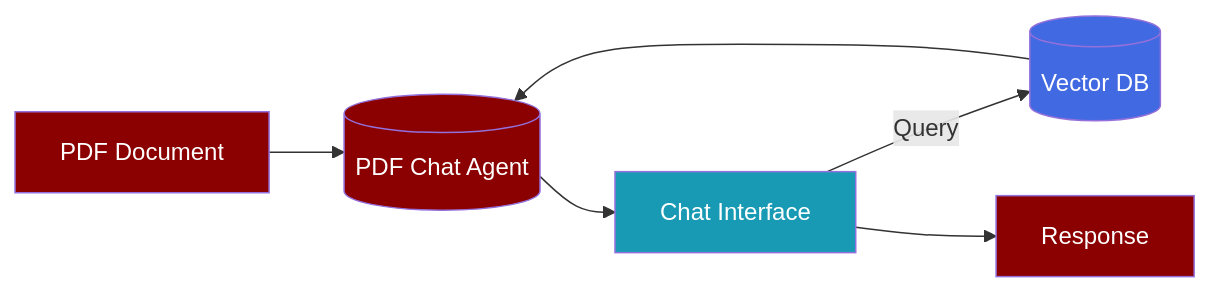
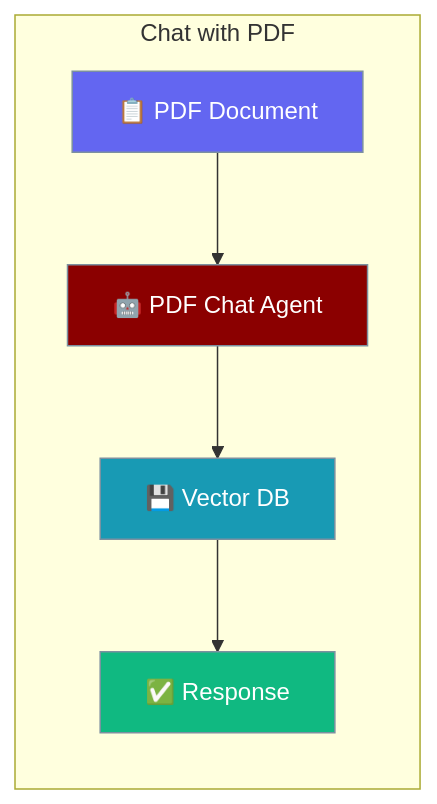
One commit to MervinPraison/PraisonAIDocs changed the first of 3 diagrams in docs/features/chat-with-pdf.mdx. Above: the diagram before and after it, drawn with Mermaid. The commit also changed other lines of this file and 2 other files, not shown here.

Commit message:
docs: add graph LR hero + sequenceDiagram to chunking-strategies, bot-routing, chat-with-pdf (#1675)

````diff
--- a/docs/features/chat-with-pdf.mdx
+++ b/docs/features/chat-with-pdf.mdx
@@ -23,20 +23,17 @@
 ```mermaid
-flowchart LR
-    PDF[PDF Document] --> PDFAgent[("PDF Chat Agent")]
-    VDB[(Vector DB)] --> PDFAgent
-    PDFAgent --> Chat[Chat Interface]
-    Chat --> |Query| VDB
-    Chat --> Out[Response]
-    
-    style PDF fill:#8B0000,color:#fff
-    style PDFAgent fill:#8B0000,color:#fff,shape:circle
-    style VDB fill:#4169E1,color:#fff,shape:cylinder
-    style Chat fill:#189AB4,color:#fff
-    style Out fill:#8B0000,color:#fff
+graph LR
+    subgraph "Chat with PDF"
+        PDF[📋 PDF Document] --> Agent[🤖 PDF Chat Agent]
+        Agent --> VDB[💾 Vector DB]
+        VDB --> Out[✅ Response]
+    end
+
+    classDef input fill:#6366F1,stroke:#7C90A0,color:#fff
     classDef agent fill:#8B0000,stroke:#7C90A0,color:#fff
     classDef tool fill:#189AB4,stroke:#7C90A0,color:#fff
     classDef success fill:#10B981,stroke:#7C90A0,color:#fff
-    class A,D agent
-    class B,C tool
-
+    class PDF input
+    class Agent agent
+    class VDB tool
+    class Out success
 ```
````
